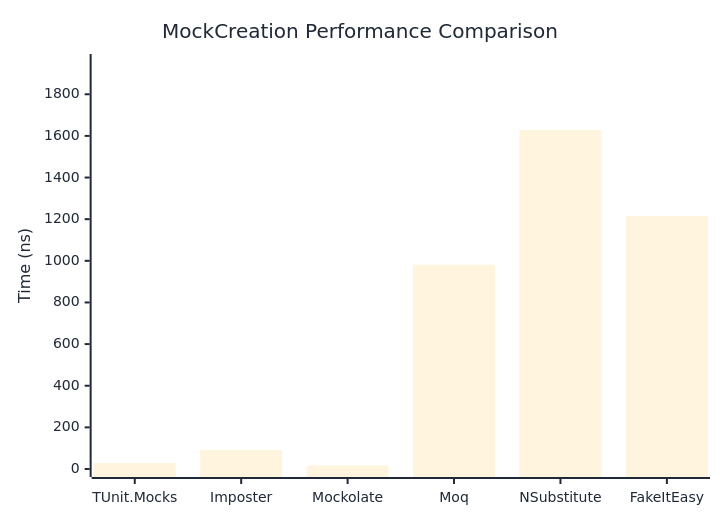
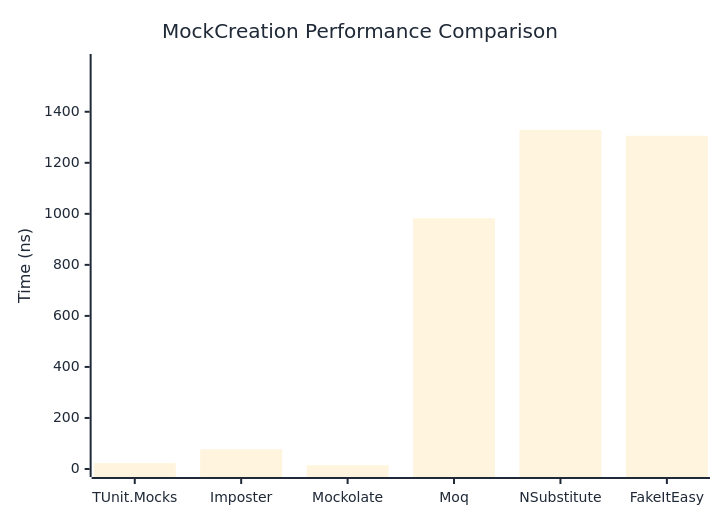
One commit to thomhurst/TUnit changed the first of 2 diagrams in docs/docs/benchmarks/mocks/MockCreation.md. Above: the diagram before and after it, drawn with Mermaid. The commit also changed other lines of this file and 14 other files, not shown here.

````diff
--- a/docs/docs/benchmarks/mocks/MockCreation.md
+++ b/docs/docs/benchmarks/mocks/MockCreation.md
@@ -30,27 +30,27 @@
 ```mermaid
 %%{init: {
   'theme':'base',
   'themeVariables': {
     'primaryColor': '#2563eb',
     'primaryTextColor': '#1f2937',
     'primaryBorderColor': '#1e40af',
     'lineColor': '#6b7280',
     'secondaryColor': '#7c3aed',
     'tertiaryColor': '#dc2626',
     'background': '#ffffff',
     'pie1': '#2563eb',
     'pie2': '#7c3aed',
     'pie3': '#dc2626',
     'pie4': '#f59e0b',
     'pie5': '#10b981',
     'pie6': '#06b6d4',
     'pie7': '#ec4899',
     'pie8': '#6366f1'
   }
 }}%%
 xychart-beta
   title "MockCreation Performance Comparison"
   x-axis ["TUnit.Mocks", "Imposter", "Mockolate", "Moq", "NSubstitute", "FakeItEasy"]
-  y-axis "Time (ns)" 0 --> 1955
-  bar [28.47, 91.44, 16.48, 981.27, 1628.43, 1215.29]
+  y-axis "Time (ns)" 0 --> 1595
+  bar [23.02, 77.4, 14.9, 982.94, 1329, 1305.9]
 ```
````
